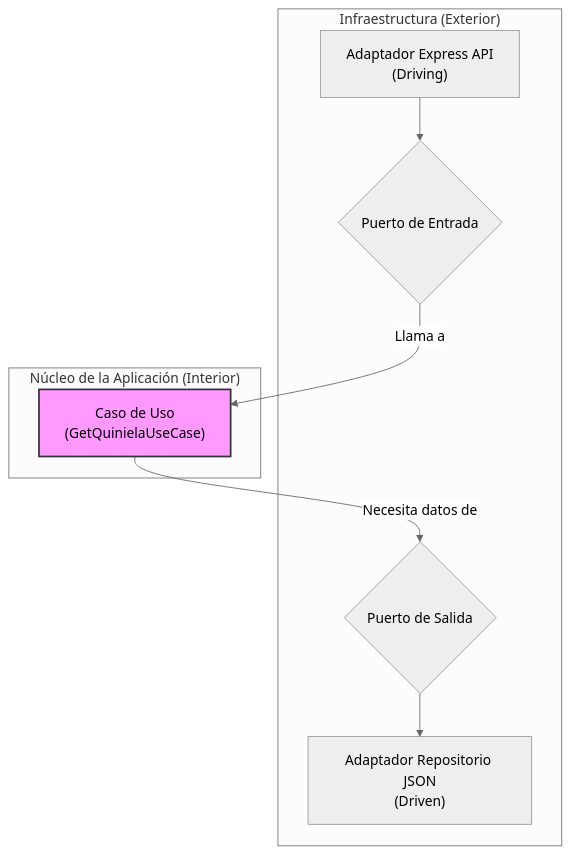
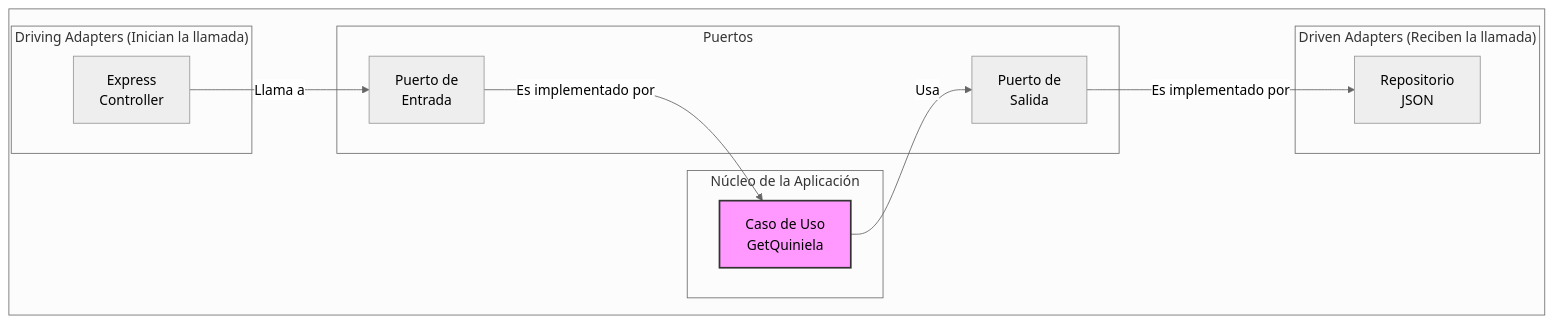
The diagram in src/node/orbaf/quiniela/README.md (orbaf/quiniela), drawn with Mermaid (neutral theme) before and after one commit.

Commit message:
docs(quiniela): update README with improved architecture diagram and descriptions

````diff
--- a/src/node/orbaf/quiniela/README.md
+++ b/src/node/orbaf/quiniela/README.md
@@ -130,13 +130,26 @@
 ```mermaid
-graph TD
-    subgraph "Infraestructura (Exterior)"
-        A["Adaptador Express API<br/>(Driving)"] --> B{Puerto de Entrada};
-        D{Puerto de Salida} --> E["Adaptador Repositorio JSON<br/>(Driven)"];
-    end
-    subgraph "Núcleo de la Aplicación (Interior)"
-        B -- "Llama a" --> C["Caso de Uso<br/>(GetQuinielaUseCase)"];
-        C -- "Necesita datos de" --> D;
+graph LR
+    subgraph " "
+        direction LR
+        subgraph "Driving Adapters (Inician la llamada)"
+            A[Express<br>Controller]
+        end
+        subgraph "Puertos"
+            P_IN[Puerto de<br>Entrada]
+            P_OUT[Puerto de<br>Salida]
+        end
+        subgraph "Núcleo de la Aplicación"
+            UC[Caso de Uso<br>GetQuiniela]
+        end
+        subgraph "Driven Adapters (Reciben la llamada)"
+            D[Repositorio<br>JSON]
+        end
     end
 
-    style C fill:#f9f,stroke:#333,stroke-width:2px
+    A -- "Llama a" --> P_IN
+    P_IN -- "Es implementado por" --> UC
+    UC -- "Usa" --> P_OUT
+    P_OUT -- "Es implementado por" --> D
+
+    style UC fill:#f9f,stroke:#333,stroke-width:2px
 ```
````
